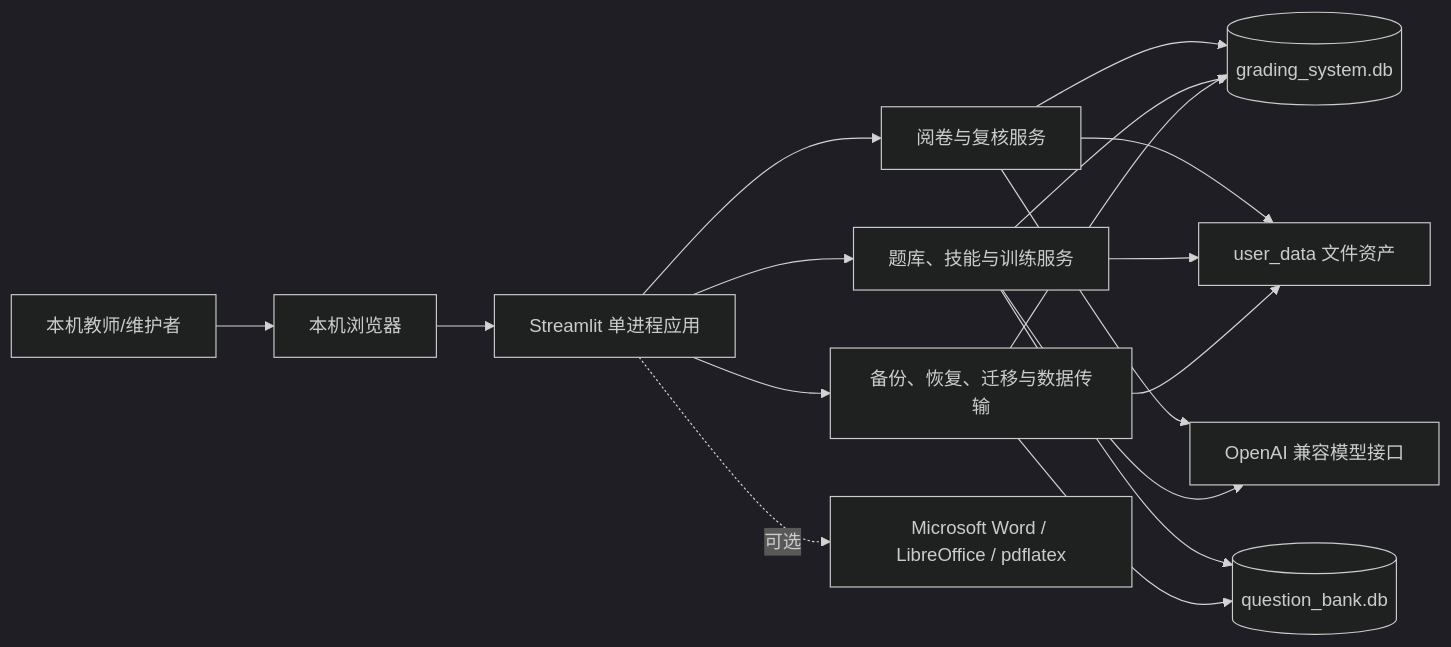
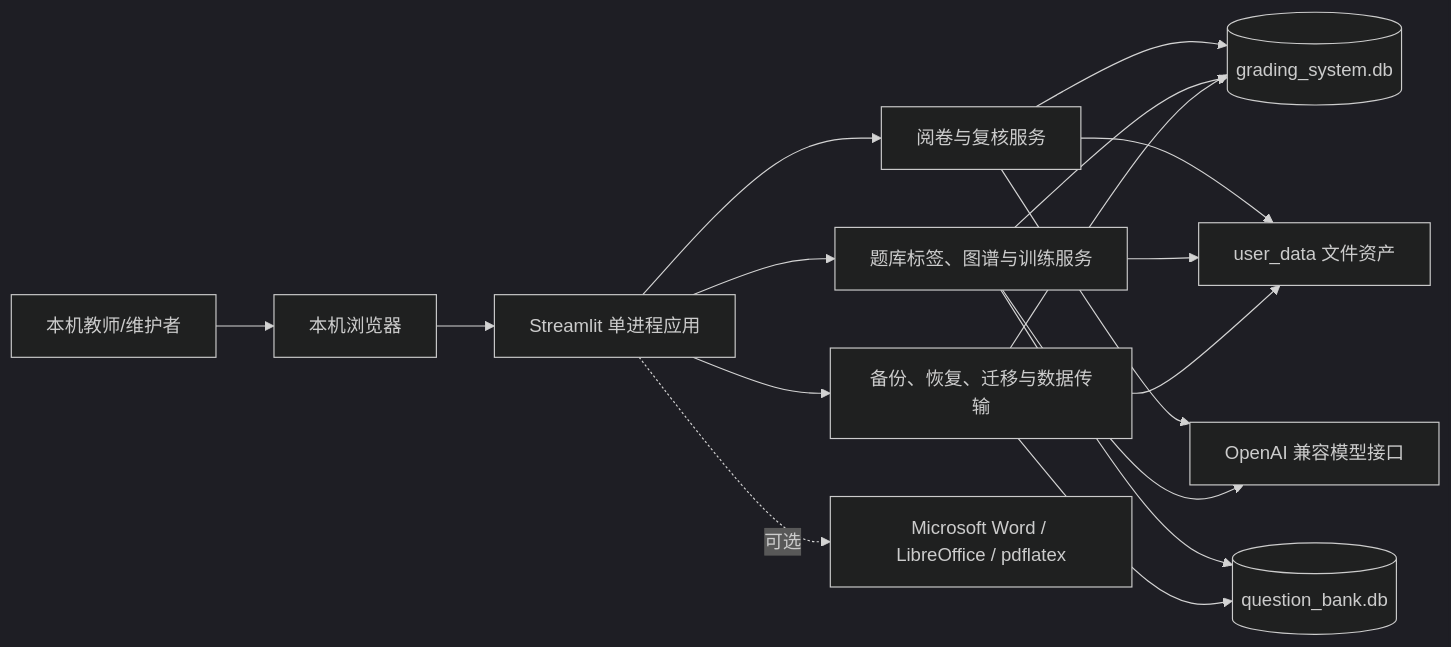
The first of 5 diagrams in ARCHITECTURE.md (Hineni412/ai-grading-system-workstation), drawn with Mermaid (dark theme) before and after one commit. The commit also changed other lines of this file and 4 other files, not shown here.

````diff
--- a/ARCHITECTURE.md
+++ b/ARCHITECTURE.md
@@ -81,23 +82,23 @@
 ```mermaid
 flowchart LR
     User["本机教师/维护者"] --> Browser["本机浏览器"]
     Browser --> App["Streamlit 单进程应用"]
 
     App --> Grading["阅卷与复核服务"]
-    App --> Bank["题库、技能与训练服务"]
+    App --> Bank["题库标签、图谱与训练服务"]
     App --> Ops["备份、恢复、迁移与数据传输"]
 
     Grading --> GradingDB[("grading_system.db")]
     Bank --> GradingDB
     Bank --> BankDB[("question_bank.db")]
     Ops --> GradingDB
     Ops --> BankDB
 
     Grading --> Files["user_data 文件资产"]
     Bank --> Files
     Ops --> Files
 
     Grading --> ModelAPI["OpenAI 兼容模型接口"]
     Bank --> ModelAPI
     App -. "可选" .-> LocalTools["Microsoft Word / LibreOffice / pdflatex"]
 ```
````
